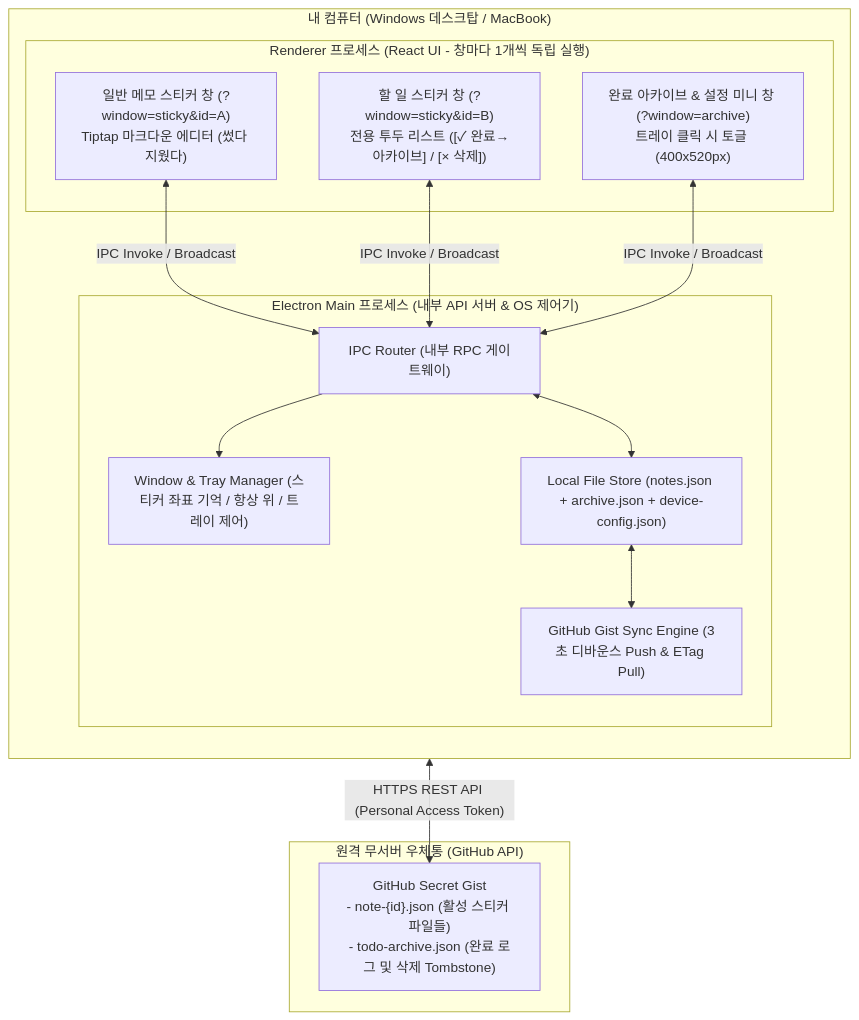
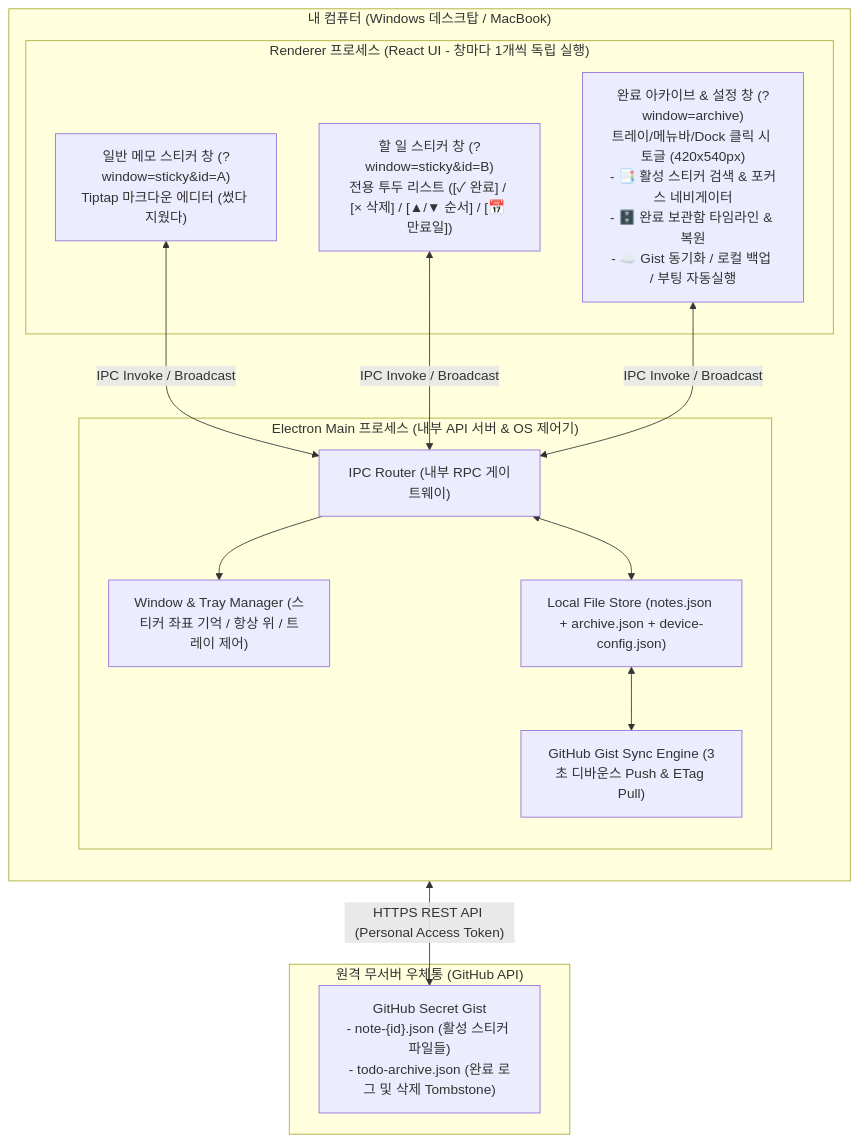
One commit to srogsrogi/memo_app changed the diagram in docs/architecture.md. Above: the diagram before and after it, drawn with Mermaid. The commit also changed 3 other files, not shown here.

First line of the commit message:
docs: 실제 구현 기능(네비게이터·만료일·순서재배치·백업·OS감지)과 일치하도록 명세서 동기화

````diff
--- a/docs/architecture.md
+++ b/docs/architecture.md
@@ -14,31 +14,31 @@
 ```mermaid
 flowchart TB
     subgraph Device["내 컴퓨터 (Windows 데스크탑 / MacBook)"]
         direction TB
         subgraph Renderers["Renderer 프로세스 (React UI - 창마다 1개씩 독립 실행)"]
             Sticky1["일반 메모 스티커 창 (?window=sticky&id=A)<br/>Tiptap 마크다운 에디터 (썼다 지웠다)"]
-            Sticky2["할 일 스티커 창 (?window=sticky&id=B)<br/>전용 투두 리스트 ([✓ 완료→아카이브] / [× 삭제])"]
-            ArchiveWin["완료 아카이브 & 설정 미니 창 (?window=archive)<br/>트레이 클릭 시 토글 (400x520px)"]
+            Sticky2["할 일 스티커 창 (?window=sticky&id=B)<br/>전용 투두 리스트 ([✓ 완료] / [× 삭제] / [▲/▼ 순서] / [📅 만료일])"]
+            ArchiveWin["완료 아카이브 & 설정 창 (?window=archive)<br/>트레이/메뉴바/Dock 클릭 시 토글 (420x540px)<br/>- 📑 활성 스티커 검색 & 포커스 네비게이터<br/>- 🗄️ 완료 보관함 타임라인 & 복원<br/>- ☁️ Gist 동기화 / 로컬 백업 / 부팅 자동실행"]
         end
 
         subgraph Main["Electron Main 프로세스 (내부 API 서버 & OS 제어기)"]
             IPC["IPC Router (내부 RPC 게이트웨이)"]
             WM["Window & Tray Manager (스티커 좌표 기억 / 항상 위 / 트레이 제어)"]
             Store["Local File Store (notes.json + archive.json + device-config.json)"]
             Sync["GitHub Gist Sync Engine (3초 디바운스 Push & ETag Pull)"]
         end
 
         Sticky1 <-->|"IPC Invoke / Broadcast"| IPC
         Sticky2 <-->|"IPC Invoke / Broadcast"| IPC
         ArchiveWin <-->|"IPC Invoke / Broadcast"| IPC
         IPC --> WM
         IPC <--> Store
         Store <--> Sync
     end
 
     subgraph Cloud["원격 무서버 우체통 (GitHub API)"]
         Gist["GitHub Secret Gist<br/>- note-{id}.json (활성 스티커 파일들)<br/>- todo-archive.json (완료 로그 및 삭제 Tombstone)"]
     end
 
     Sync <-->|"HTTPS REST API (Personal Access Token)"| Gist
 ```
````
